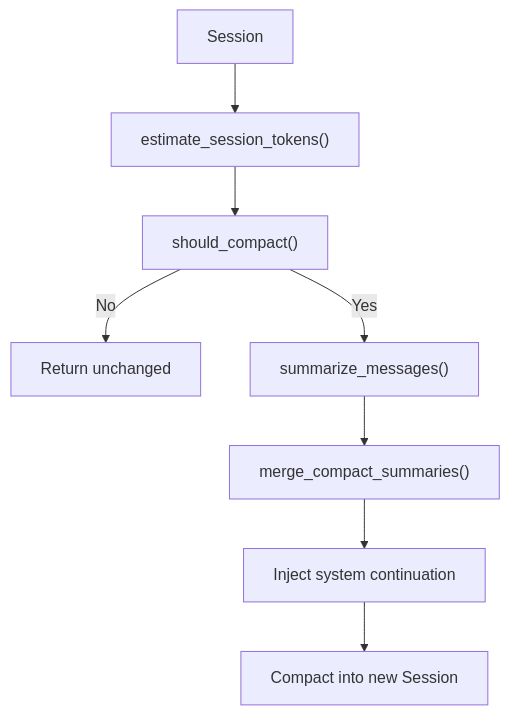
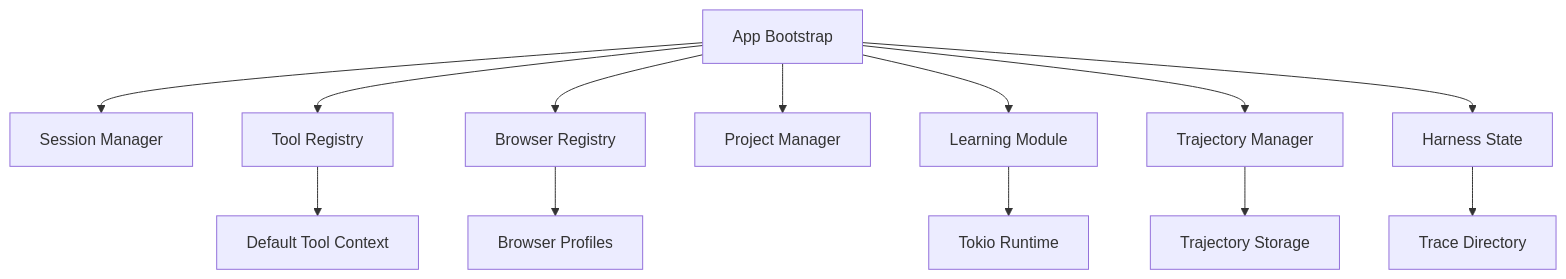
One commit to novolei/if2Ai changed the ninth of 10 diagrams in .qoder/repowiki/en/content/Backend System (Rust)/Module Architecture & Design/Runtime Services/Runtime Services.md. Above: the diagram before and after it, drawn with Mermaid. The commit also changed other lines of this file and 124 other files, not shown here.

````diff
--- a/.qoder/repowiki/en/content/Backend System (Rust)/Module Architecture & Design/Runtime Services/Runtime Services.md
+++ b/.qoder/repowiki/en/content/Backend System (Rust)/Module Architecture & Design/Runtime Services/Runtime Services.md
@@ -534,10 +374,15 @@
 ```mermaid
 flowchart TD
-Session["Session"] --> Estimate["estimate_session_tokens()"]
-Estimate --> Should["should_compact()"]
-Should --> |No| Keep["Return unchanged"]
-Should --> |Yes| Summarize["summarize_messages()"]
-Summarize --> Merge["merge_compact_summaries()"]
-Merge --> Inject["Inject system continuation"]
-Inject --> Compact["Compact into new Session"]
+AppBootstrap["App Bootstrap"] --> Session["Session Manager"]
+AppBootstrap --> Tools["Tool Registry"]
+AppBootstrap --> Browser["Browser Registry"]
+AppBootstrap --> Projects["Project Manager"]
+AppBootstrap --> Learning["Learning Module"]
+AppBootstrap --> Trajectory["Trajectory Manager"]
+AppBootstrap --> Harness["Harness State"]
+Tools --> ToolContext["Default Tool Context"]
+Browser --> Profiles["Browser Profiles"]
+Learning --> Runtime["Tokio Runtime"]
+Trajectory --> Storage["Trajectory Storage"]
+Harness --> Traces["Trace Directory"]
 ```
````
